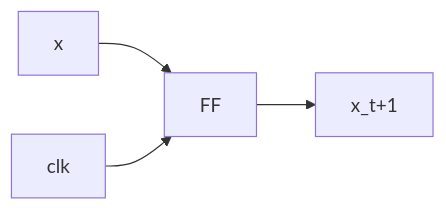
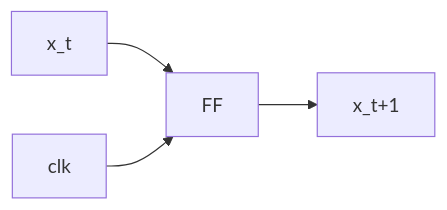
Before and after one commit to afif-umt/Lecture-Notes: the first of 2 diagrams in Advanced-Computer-Architecture/27-10-24.md, drawn with Mermaid. The commit also changed other lines of this file, not shown here.

Commit message:
Update 27-10-24.md
added subscript t to input

````diff
--- a/Advanced-Computer-Architecture/27-10-24.md
+++ b/Advanced-Computer-Architecture/27-10-24.md
@@ -74,6 +74,6 @@
 ``` mermaid
 %% D Flip-Flop Diagram
 flowchart LR
-    x --> FF --> x_t+1
+    x_t --> FF --> x_t+1
     clk  --> FF
 ```
````
